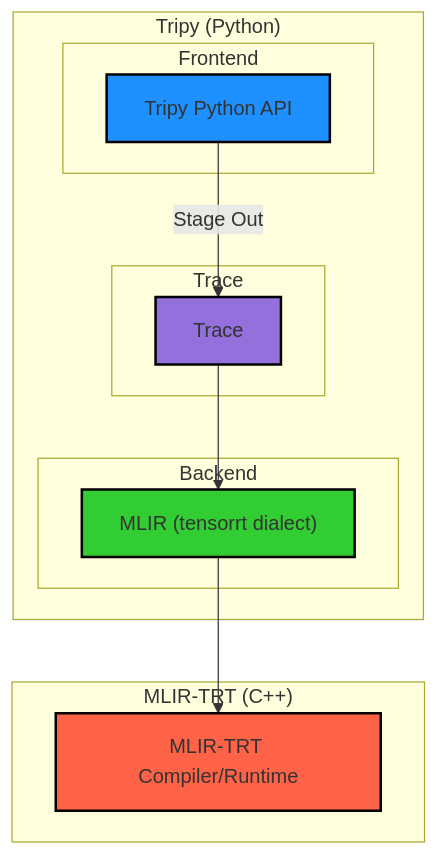
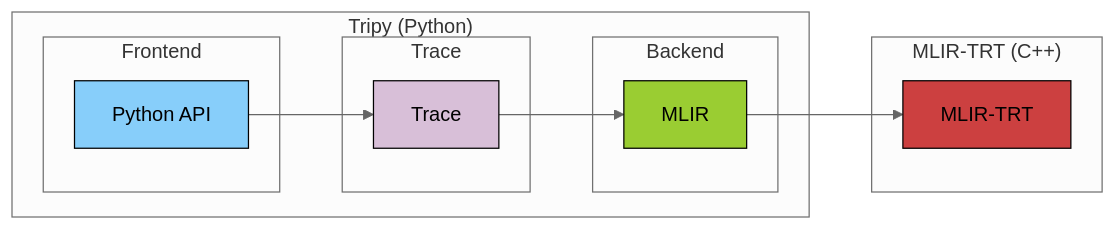
One commit to NVIDIA/TensorRT-Incubator changed the diagram in tripy/docs/post0_developer_guides/00-architecture.md. Above: the diagram before and after it, drawn with Mermaid. The commit also changed other lines of this file, not shown here.

Commit message:
finishes diagram

````diff
--- a/tripy/docs/post0_developer_guides/00-architecture.md
+++ b/tripy/docs/post0_developer_guides/00-architecture.md
@@ -11,25 +11,26 @@
 ```mermaid
-graph TD
+%%{init: {'theme':'neutral'}}%%
+graph LR
     subgraph "Tripy (Python)"
         subgraph "Frontend"
-            A["Tripy Python API"]:::frontend
+            A["Python API"]:::frontend
         end
 
         subgraph "Trace"
-            A -->|Stage Out| B["Trace"]:::trace
+            A --> B["Trace"]:::trace
         end
 
         subgraph "Backend"
-            B --> C["MLIR (tensorrt dialect)"]:::backend
+            B --> C["MLIR"]:::backend
         end
     end
 
     subgraph "MLIR-TRT (C++)"
-        C --> D["MLIR-TRT Compiler/Runtime"]:::mlirtrt
+        C --> D["MLIR-TRT"]:::mlirtrt
     end
 
-    classDef frontend fill:#1E90FF,stroke:#000,stroke-width:2px;
-    classDef trace fill:#9370DB,stroke:#000,stroke-width:2px;
-    classDef backend fill:#32CD32,stroke:#000,stroke-width:2px;
-    classDef mlirtrt fill:#FF6347,stroke:#000,stroke-width:2px;
+    classDef frontend fill:#87CEFA,stroke:#000,stroke-width:1px;
+    classDef trace fill:#D8BFD8,stroke:#000,stroke-width:1px;
+    classDef backend fill:#9ACD32,stroke:#000,stroke-width:1px;
+    classDef mlirtrt fill:#CC4040,stroke:#000,stroke-width:1px;
 ```
````
